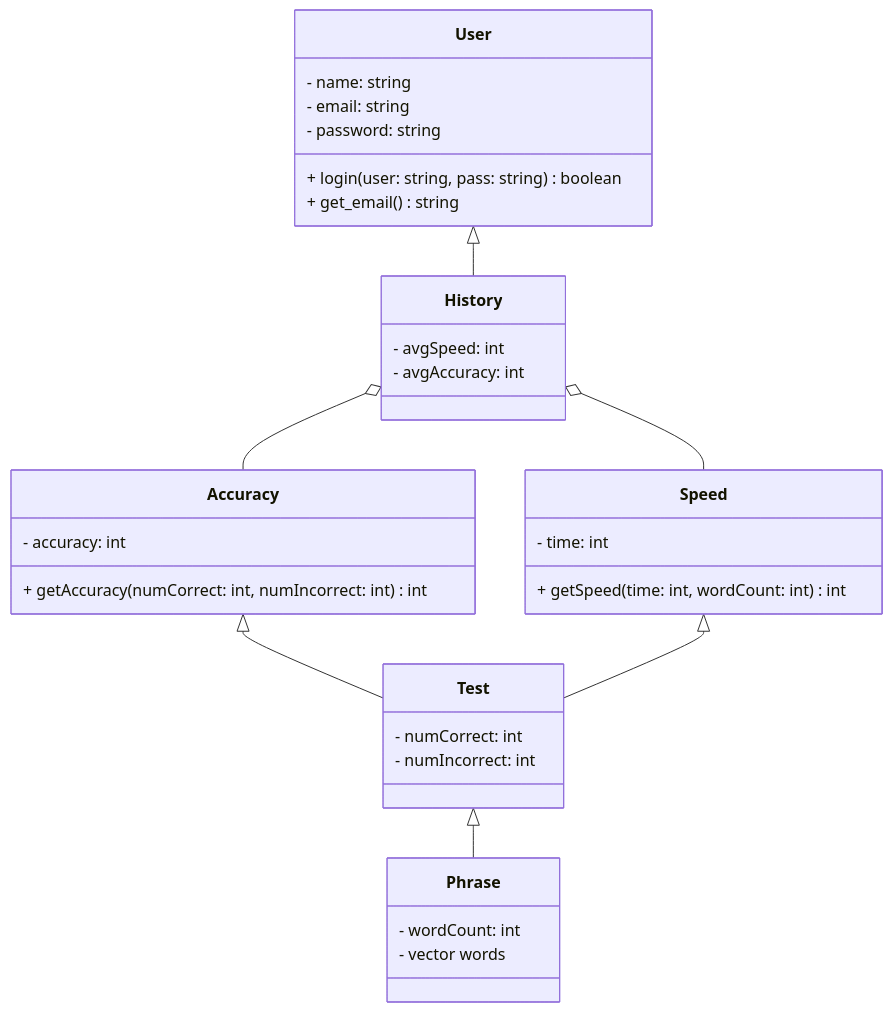
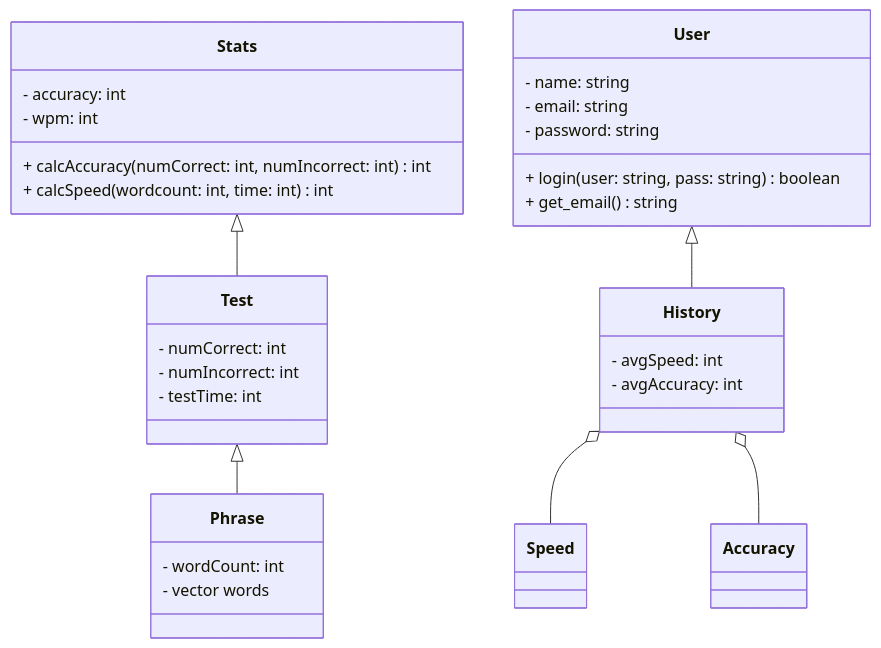
One commit to sbandaya/tippitytappity-design changed the diagram in README.md. Above: the diagram before and after it, drawn with Mermaid.

````diff
--- a/README.md
+++ b/README.md
@@ -8,39 +8,39 @@
 ```mermaid
 classDiagram
-  Accuracy <|-- Test
-  Speed <|-- Test
+  Stats <|-- Test
   Test <|-- Phrase
   User <|-- History
   History o-- Speed
   History o-- Accuracy
   
   class User{
         - name: string
         - email: string
         - password: string
         + login(user: string, pass: string) boolean
         + get_email() string
   }
-  class Accuracy{
+  class Stats{
         - accuracy: int
-        + getAccuracy( numCorrect: int, numIncorrect: int) int 
+        - wpm: int
+        + calcAccuracy( numCorrect: int, numIncorrect: int) int
+        + calcSpeed( wordcount: int, time: int) int
+
   }
-  class Speed{
-        - time: int
-        + getSpeed(time: int, wordCount: int) int
-  }
+  
   class Phrase{
         - wordCount: int
         - vector<string> words
         
   }
   class Test{
         - numCorrect: int
         - numIncorrect: int
+        - testTime: int
   }
   class History{
         - avgSpeed: int
         - avgAccuracy: int
   }
   
 ```
````
